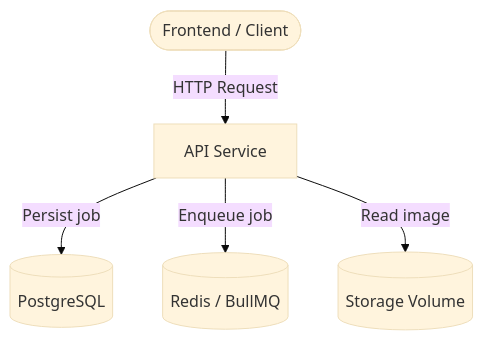
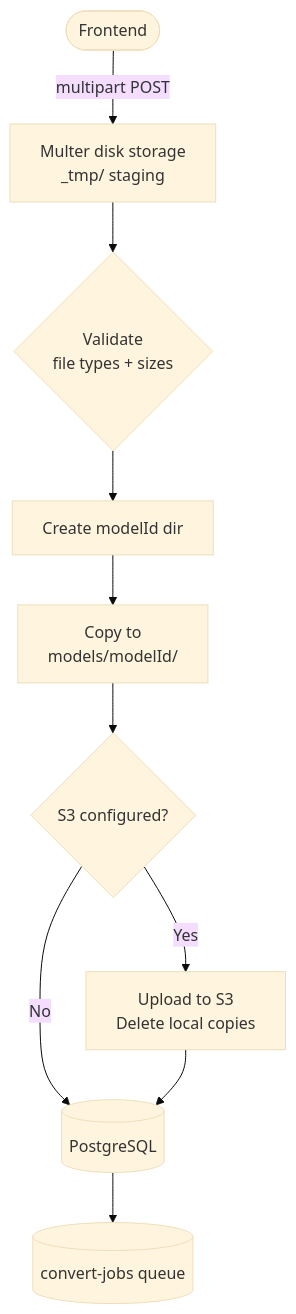
The first of 2 diagrams in docs/architecture/02-api.md (giovanizaghi/3d-room-platform), drawn with Mermaid (base theme) before and after one commit. The commit also changed other lines of this file and 5 other files, not shown here.

First line of the commit message:
Refactor API and Worker Architecture

````diff
--- a/docs/architecture/02-api.md
+++ b/docs/architecture/02-api.md
@@ -34,13 +53,22 @@
 ```mermaid
 flowchart TD
-    Client([Frontend / Client])
-    API[API Service]
+    Client([Frontend])
+    Multer[Multer disk storage\n_tmp/ staging]
+    Validate{Validate\nfile types + sizes}
+    ModelDir[Create modelId dir]
+    CopyLocal[Copy to\nmodels/modelId/]
+    S3{S3 configured?}
+    UploadS3[Upload to S3\nDelete local copies]
     DB[(PostgreSQL)]
-    Queue[(Redis / BullMQ)]
-    Storage[(Storage Volume)]
+    ConvertQ[(convert-jobs queue)]
 
-    Client -->|HTTP Request| API
-    API -->|Persist job| DB
-    API -->|Enqueue job| Queue
-    API -->|Read image| Storage
+    Client -->|multipart POST| Multer
+    Multer --> Validate
+    Validate --> ModelDir
+    ModelDir --> CopyLocal
+    CopyLocal --> S3
+    S3 -->|Yes| UploadS3
+    S3 -->|No| DB
+    UploadS3 --> DB
+    DB --> ConvertQ
 ```
````
